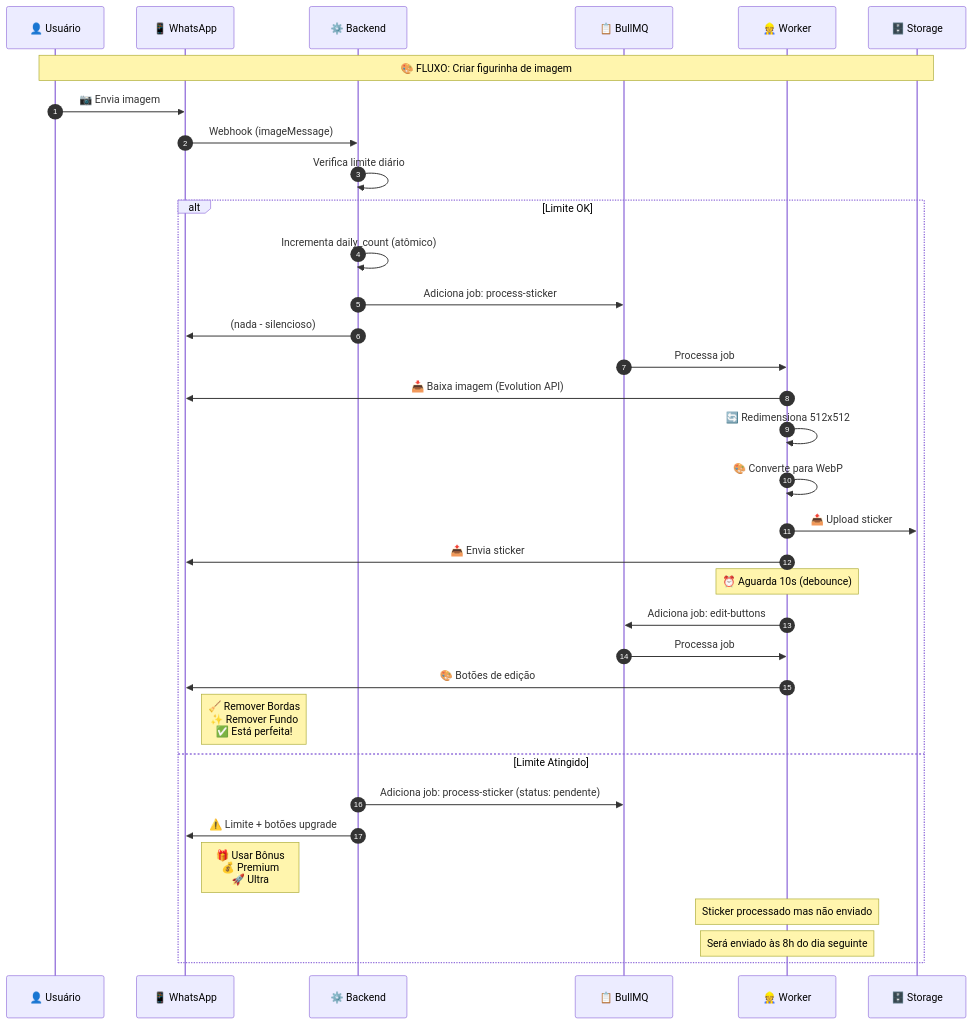
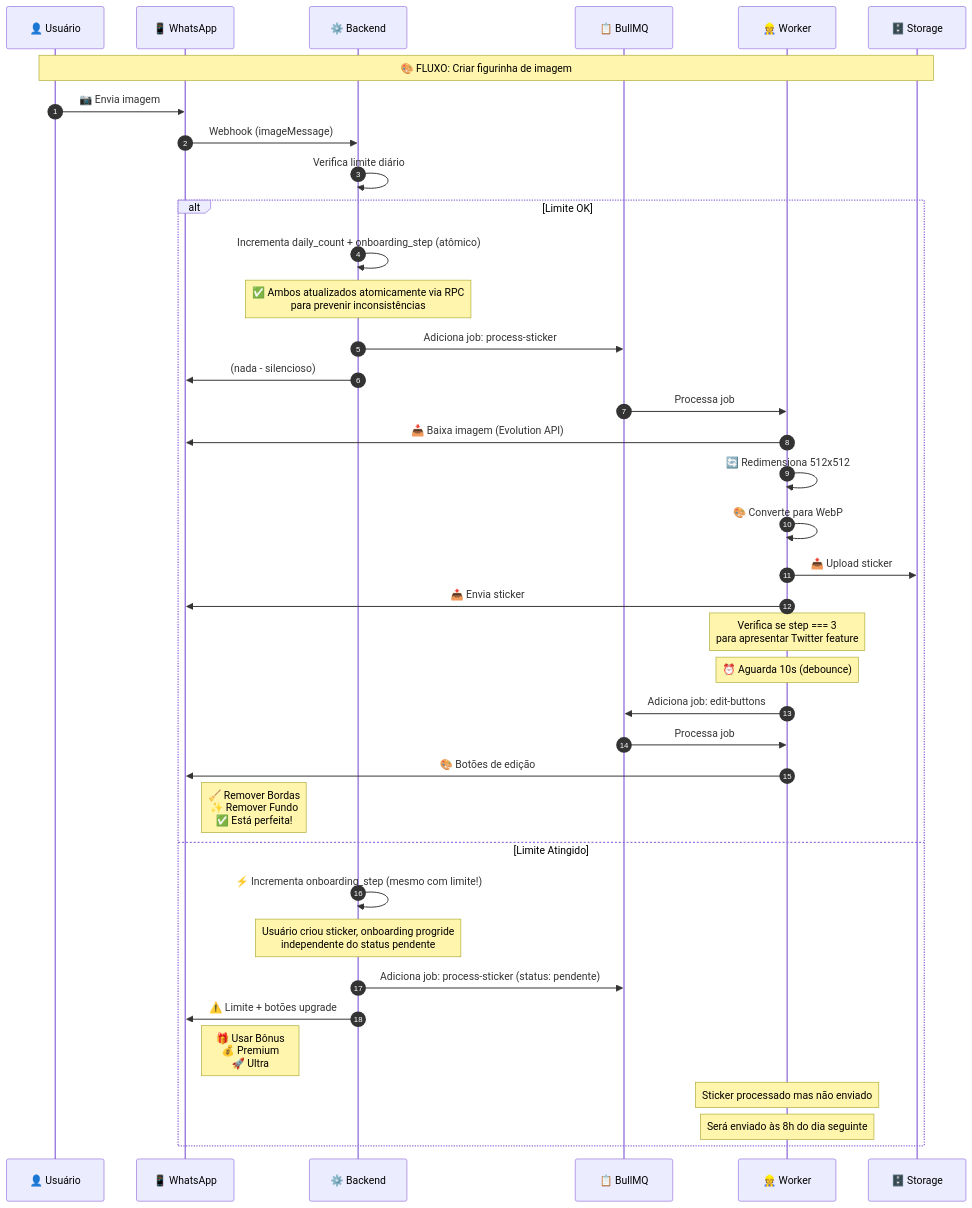
One commit to reisspaulo/sticker changed the third of 21 diagrams in docs/architecture/FLOWCHARTS.md. Above: the diagram before and after it, drawn with Mermaid. The commit also changed other lines of this file and 6 other files, not shown here.

````diff
--- a/docs/architecture/FLOWCHARTS.md
+++ b/docs/architecture/FLOWCHARTS.md
@@ -171,45 +171,50 @@
 ```mermaid
 sequenceDiagram
     autonumber
     participant U as 👤 Usuário
     participant W as 📱 WhatsApp
     participant B as ⚙️ Backend
     participant Q as 📋 BullMQ
     participant WK as 👷 Worker
     participant S as 🗄️ Storage
 
     Note over U,S: 🎨 FLUXO: Criar figurinha de imagem
 
     U->>W: 📷 Envia imagem
     W->>B: Webhook (imageMessage)
 
     B->>B: Verifica limite diário
 
     alt Limite OK
-        B->>B: Incrementa daily_count (atômico)
+        B->>B: Incrementa daily_count + onboarding_step (atômico)
+        Note over B: ✅ Ambos atualizados atomicamente via RPC<br/>para prevenir inconsistências
         B->>Q: Adiciona job: process-sticker
         B->>W: (nada - silencioso)
 
         Q->>WK: Processa job
         WK->>W: 📥 Baixa imagem (Evolution API)
         WK->>WK: 🔄 Redimensiona 512x512
         WK->>WK: 🎨 Converte para WebP
         WK->>S: 📤 Upload sticker
         WK->>W: 📤 Envia sticker
 
+        Note over WK: Verifica se step === 3<br/>para apresentar Twitter feature
+
         Note over WK: ⏰ Aguarda 10s (debounce)
 
         WK->>Q: Adiciona job: edit-buttons
         Q->>WK: Processa job
         WK->>W: 🎨 Botões de edição
         Note right of W: 🧹 Remover Bordas<br/>✨ Remover Fundo<br/>✅ Está perfeita!
 
     else Limite Atingido
+        B->>B: ⚡ Incrementa onboarding_step (mesmo com limite!)
+        Note over B: Usuário criou sticker, onboarding progride<br/>independente do status pendente
         B->>Q: Adiciona job: process-sticker (status: pendente)
         B->>W: ⚠️ Limite + botões upgrade
         Note right of W: 🎁 Usar Bônus<br/>💰 Premium<br/>🚀 Ultra
 
         Note over WK: Sticker processado mas não enviado
         Note over WK: Será enviado às 8h do dia seguinte
     end
 ```
````
